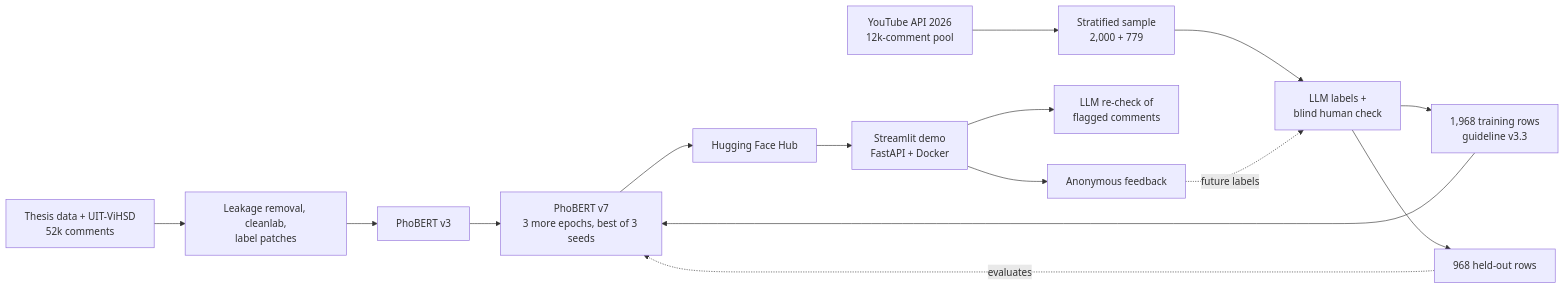
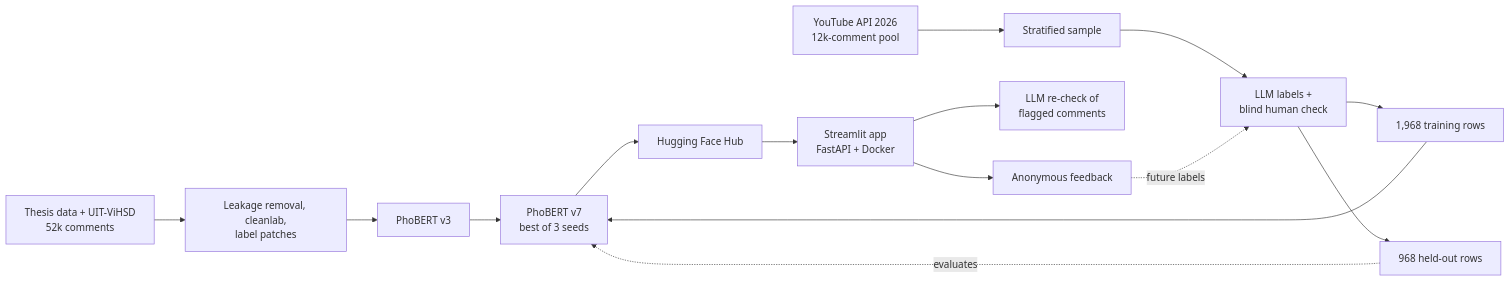
Before and after one commit to Harukaru1/vietnamese-toxic-comment-moderation: the diagram in README.md, drawn with Mermaid. The commit also changed other lines of this file and 9 other files, not shown here.

````diff
--- a/README.md
+++ b/README.md
@@ -101,11 +105,11 @@
 ```mermaid
 flowchart LR
     A[Thesis data + UIT-ViHSD<br/>52k comments] --> B[Leakage removal, cleanlab,<br/>label patches] --> M3[PhoBERT v3]
-    Y[YouTube API 2026<br/>12k-comment pool] --> S[Stratified sample<br/>2,000 + 779] --> L[LLM labels +<br/>blind human check]
-    L --> TR[1,968 training rows<br/>guideline v3.3] --> M6[PhoBERT v7<br/>3 more epochs, best of 3 seeds]
-    M3 --> M6
-    L --> TE[968 held-out rows] -.evaluates.-> M6
-    M6 --> H[Hugging Face Hub] --> APP[Streamlit demo<br/>FastAPI + Docker]
+    Y[YouTube API 2026<br/>12k-comment pool] --> S[Stratified sample] --> L[LLM labels +<br/>blind human check]
+    L --> TR[1,968 training rows] --> M7[PhoBERT v7<br/>best of 3 seeds]
+    M3 --> M7
+    L --> TE[968 held-out rows] -.evaluates.-> M7
+    M7 --> H[Hugging Face Hub] --> APP[Streamlit app<br/>FastAPI + Docker]
     APP --> G[LLM re-check of<br/>flagged comments]
     APP --> F[Anonymous feedback] -.future labels.-> L
 ```
````
